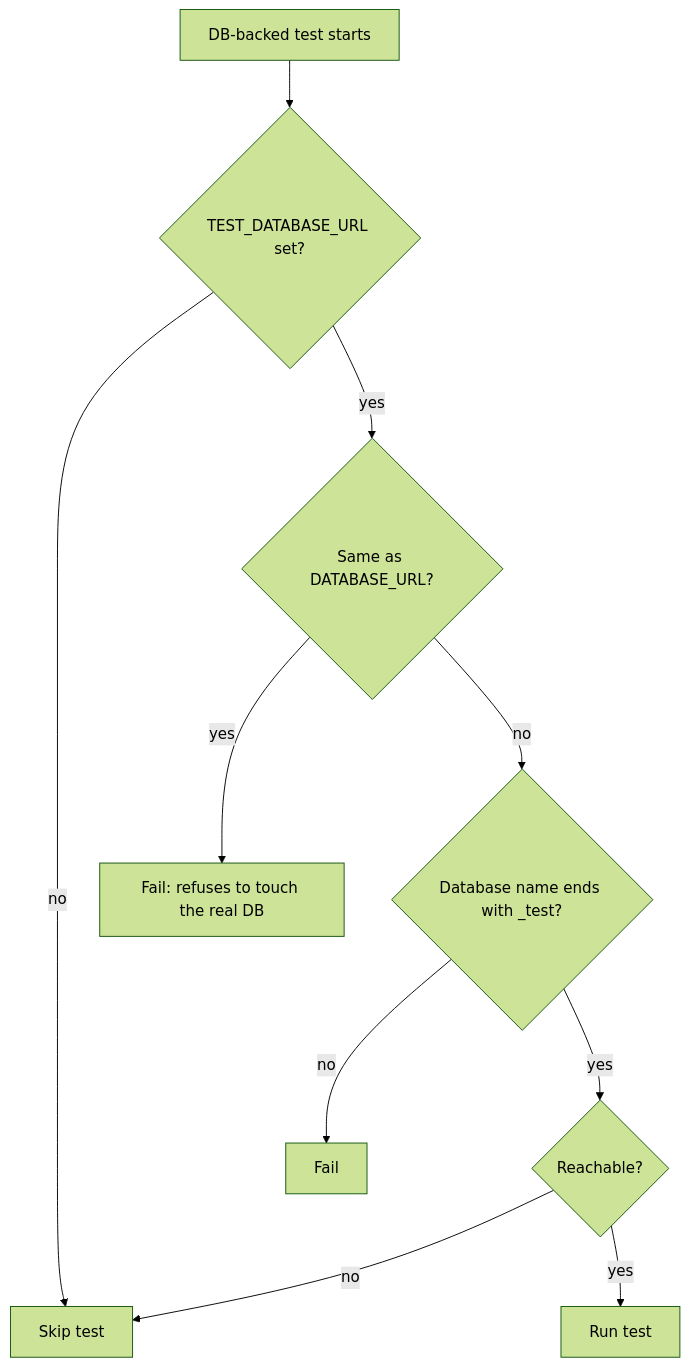
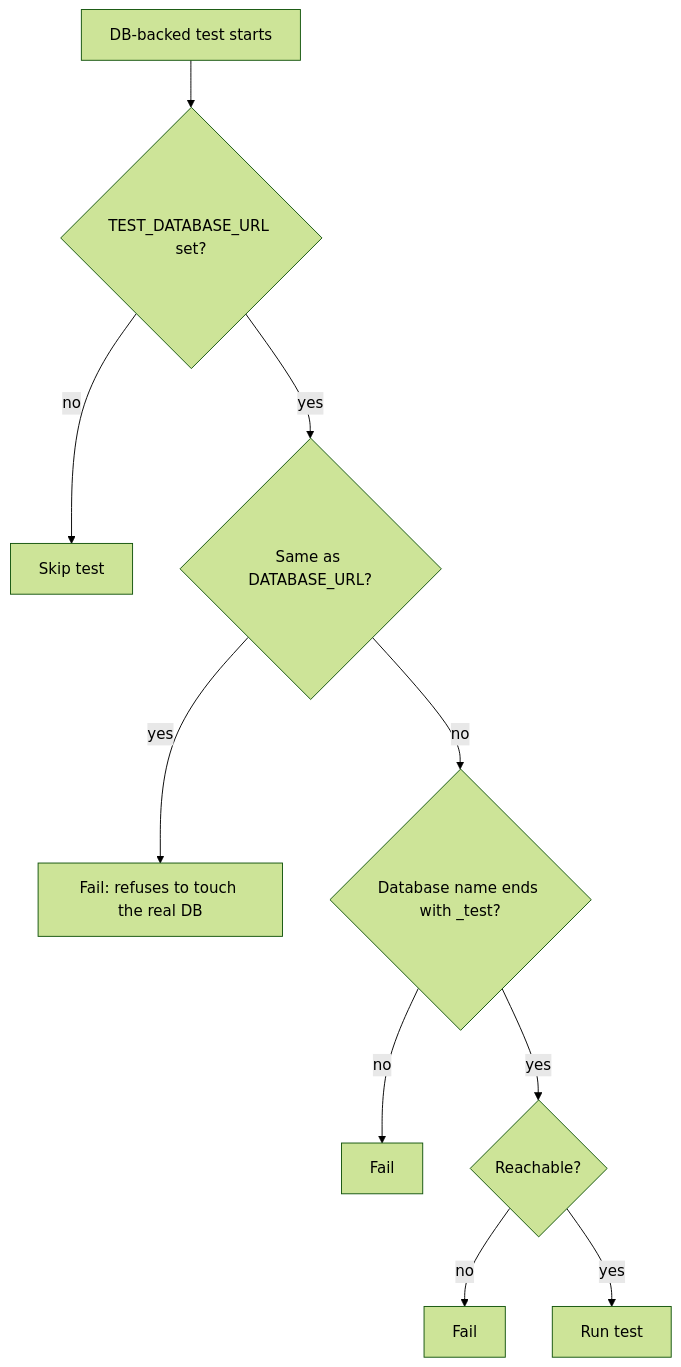
Before and after one commit to harshatha-exe/bank-app: the second of 2 diagrams in docs/tests.md, drawn with Mermaid (forest theme). The commit also changed other lines of this file and 21 other files, not shown here.

````diff
--- a/docs/tests.md
+++ b/docs/tests.md
@@ -30,12 +30,12 @@
 ```mermaid
 flowchart TD
     S["DB-backed test starts"] --> Q1{"TEST_DATABASE_URL set?"}
     Q1 -->|no| SK["Skip test"]
     Q1 -->|yes| Q2{"Same as DATABASE_URL?"}
     Q2 -->|yes| F1["Fail: refuses to touch the real DB"]
     Q2 -->|no| Q3{"Database name ends with _test?"}
     Q3 -->|no| F2["Fail"]
     Q3 -->|yes| Q4{"Reachable?"}
-    Q4 -->|no| SK
+    Q4 -->|no| F3["Fail"]
     Q4 -->|yes| RUN["Run test"]
 ```
````
